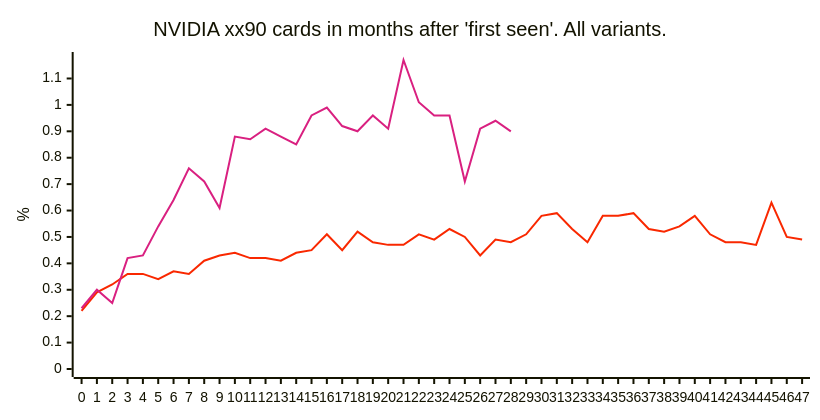
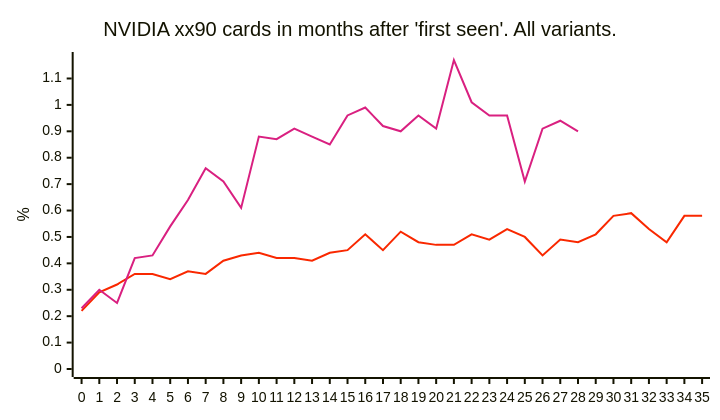
One commit to jdegene/birch-mapping changed the first of 4 diagrams in README.md. Above: the diagram before and after it, drawn with Mermaid. The commit also changed other lines of this file, not shown here.

````diff
--- a/README.md
+++ b/README.md
@@ -12,24 +12,24 @@
 ```mermaid
 ---
 config:
     xyChart:
-        width: 800
+        width: 700
         height: 400
         
     themeVariables:
         xyChart:
             plotColorPalette: "#51a8a6,#f9a900,#f92800,#d92080,#8a52a6"
 
 --- 
 
 
 xychart-beta
     title "NVIDIA xx90 cards in months after 'first seen'. All variants."
-    x-axis[0, 1, 2, 3, 4, 5, 6, 7, 8, 9, 10, 11, 12, 13, 14, 15, 16, 17, 18, 19, 20, 21, 22, 23, 24, 25, 26, 27, 28, 29, 30, 31, 32, 33, 34, 35, 36, 37, 38, 39, 40, 41, 42, 43, 44, 45, 46, 47]
+    x-axis[0, 1, 2, 3, 4, 5, 6, 7, 8, 9, 10, 11, 12, 13, 14, 15, 16, 17, 18, 19, 20, 21, 22, 23, 24, 25, 26, 27, 28, 29, 30, 31, 32, 33, 34, 35]
     y-axis "%" 
     line [0]
     line [0]
-    line [0.22, 0.29, 0.32, 0.36, 0.36, 0.33999999999999997, 0.37, 0.36, 0.41000000000000003, 0.43, 0.44, 0.42, 0.42, 0.41000000000000003, 0.44, 0.44999999999999996, 0.51, 0.44999999999999996, 0.52, 0.48, 0.47000000000000003, 0.47000000000000003, 0.51, 0.49, 0.53, 0.5, 0.43, 0.49, 0.48, 0.51, 0.58, 0.59, 0.53, 0.48, 0.58, 0.58, 0.59, 0.53, 0.52, 0.54, 0.58, 0.51, 0.48, 0.48, 0.47000000000000003, 0.63, 0.5, 0.49]
+    line [0.22, 0.29, 0.32, 0.36, 0.36, 0.33999999999999997, 0.37, 0.36, 0.41000000000000003, 0.43, 0.44, 0.42, 0.42, 0.41000000000000003, 0.44, 0.44999999999999996, 0.51, 0.44999999999999996, 0.52, 0.48, 0.47000000000000003, 0.47000000000000003, 0.51, 0.49, 0.53, 0.5, 0.43, 0.49, 0.48, 0.51, 0.58, 0.59, 0.53, 0.48, 0.58, 0.58]
     line [0.22999999999999998, 0.3, 0.25, 0.42, 0.43, 0.54, 0.64, 0.76, 0.7100000000000001, 0.61, 0.88, 0.8699999999999999, 0.91, 0.88, 0.8500000000000001, 0.96, 0.9900000000000001, 0.9199999999999999, 0.8999999999999999, 0.96, 0.91, 1.17, 1.01, 0.96, 0.96, 0.7100000000000001, 0.91, 0.9400000000000001, 0.8999999999999999]
     line [0]
 ``` 
````
